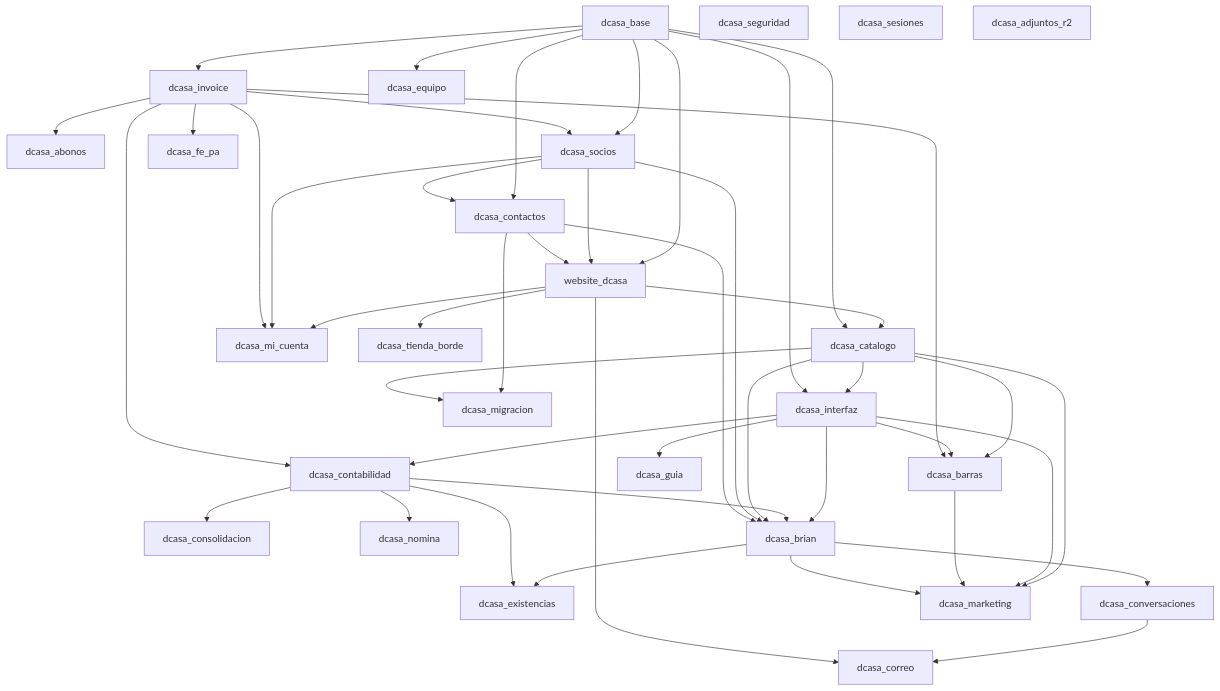
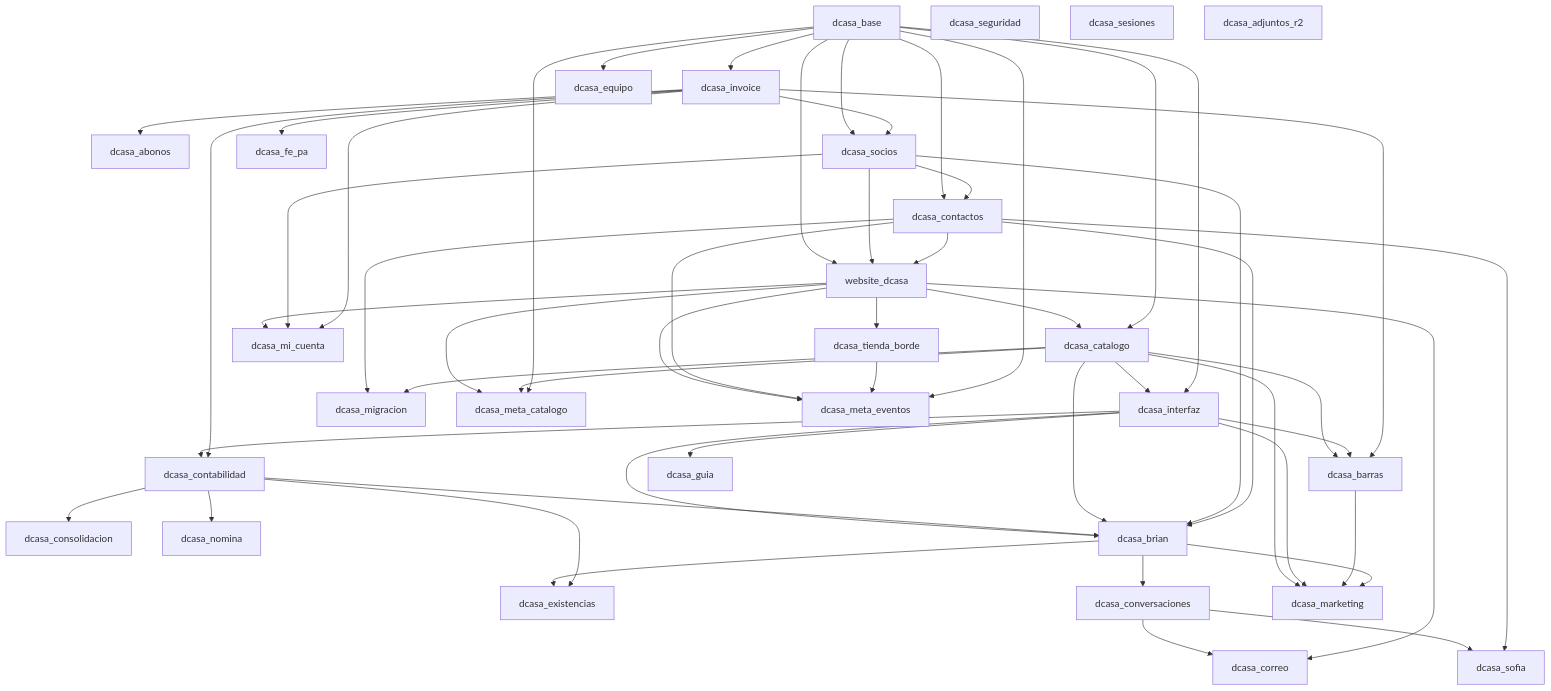
One commit to dcasapty/D_Casa_new_word changed the diagram in docs/MODULOS.md. Above: the diagram before and after it, drawn with Mermaid. The commit also changed other lines of this file and 87 other files, not shown here.

````diff
--- a/docs/MODULOS.md
+++ b/docs/MODULOS.md
@@ -60,49 +63,58 @@
 ```mermaid
 flowchart TD
   base[dcasa_base] --> invoice[dcasa_invoice]
   invoice --> abonos[dcasa_abonos]
   base --> socios[dcasa_socios]
   invoice --> socios
   base --> contactos[dcasa_contactos]
   socios --> contactos
   base --> web[website_dcasa]
   socios --> web
   contactos --> web
   web --> catalogo[dcasa_catalogo]
   base --> catalogo
   catalogo --> interfaz[dcasa_interfaz]
   base --> interfaz
   web --> micuenta[dcasa_mi_cuenta]
   socios --> micuenta
   invoice --> micuenta
   interfaz --> conta[dcasa_contabilidad]
   invoice --> conta
   conta --> conso[dcasa_consolidacion]
   conta --> nomina[dcasa_nomina]
   base --> equipo[dcasa_equipo]
   catalogo --> barras[dcasa_barras]
   interfaz --> barras
   invoice --> barras
   brian --> existencias[dcasa_existencias]
   conta --> existencias
   interfaz --> brian[dcasa_brian]
   conta --> brian
   catalogo --> brian
   socios --> brian
   contactos --> brian
   brian --> conv[dcasa_conversaciones]
   conv --> correo[dcasa_correo]
   web --> correo
   interfaz --> guia[dcasa_guia]
   catalogo --> marketing[dcasa_marketing]
   interfaz --> marketing
   barras --> marketing
   brian --> marketing
   contactos --> migracion[dcasa_migracion]
   catalogo --> migracion
   invoice --> fe[dcasa_fe_pa]
   web --> borde[dcasa_tienda_borde]
+  conv --> sofia[dcasa_sofia]
+  contactos --> sofia
+  web --> metacat[dcasa_meta_catalogo]
+  catalogo --> metacat
+  base --> metacat
+  web --> metaev[dcasa_meta_eventos]
+  contactos --> metaev
+  borde --> metaev
+  base --> metaev
   seguridad[dcasa_seguridad]
   sesiones[dcasa_sesiones]
   r2[dcasa_adjuntos_r2]
 ```
````
